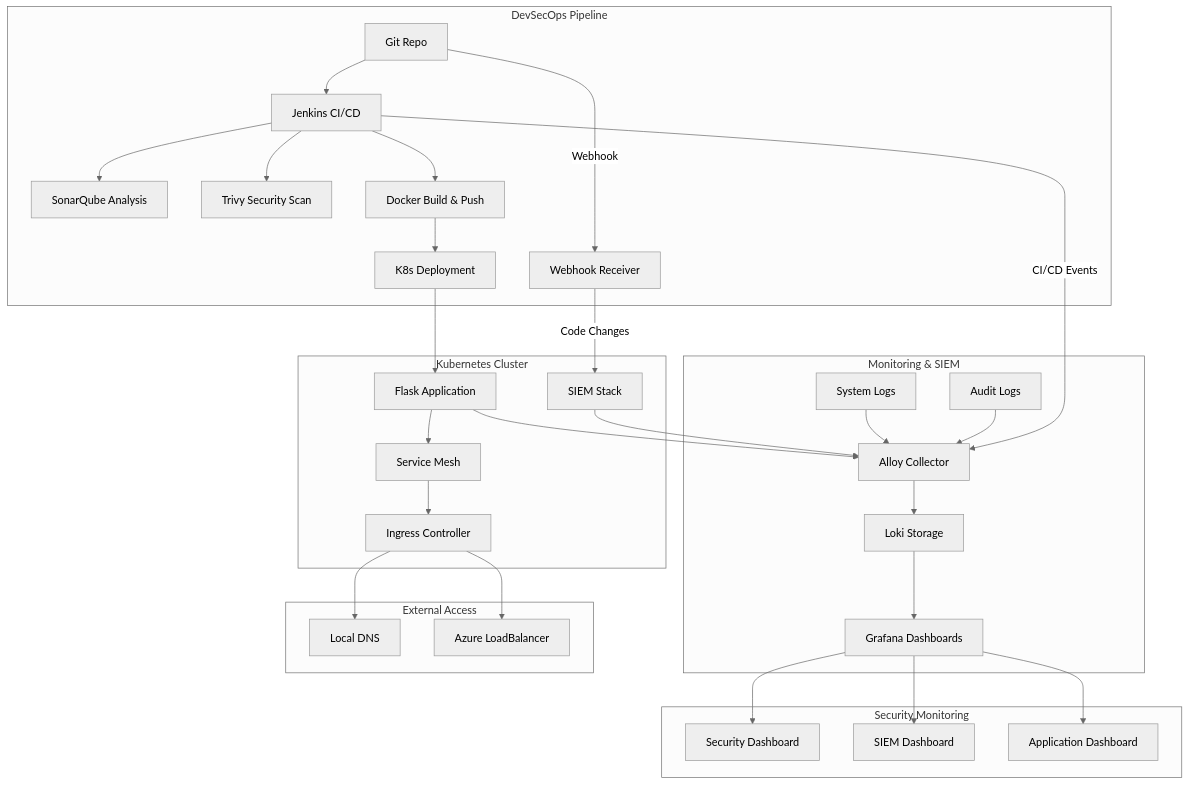
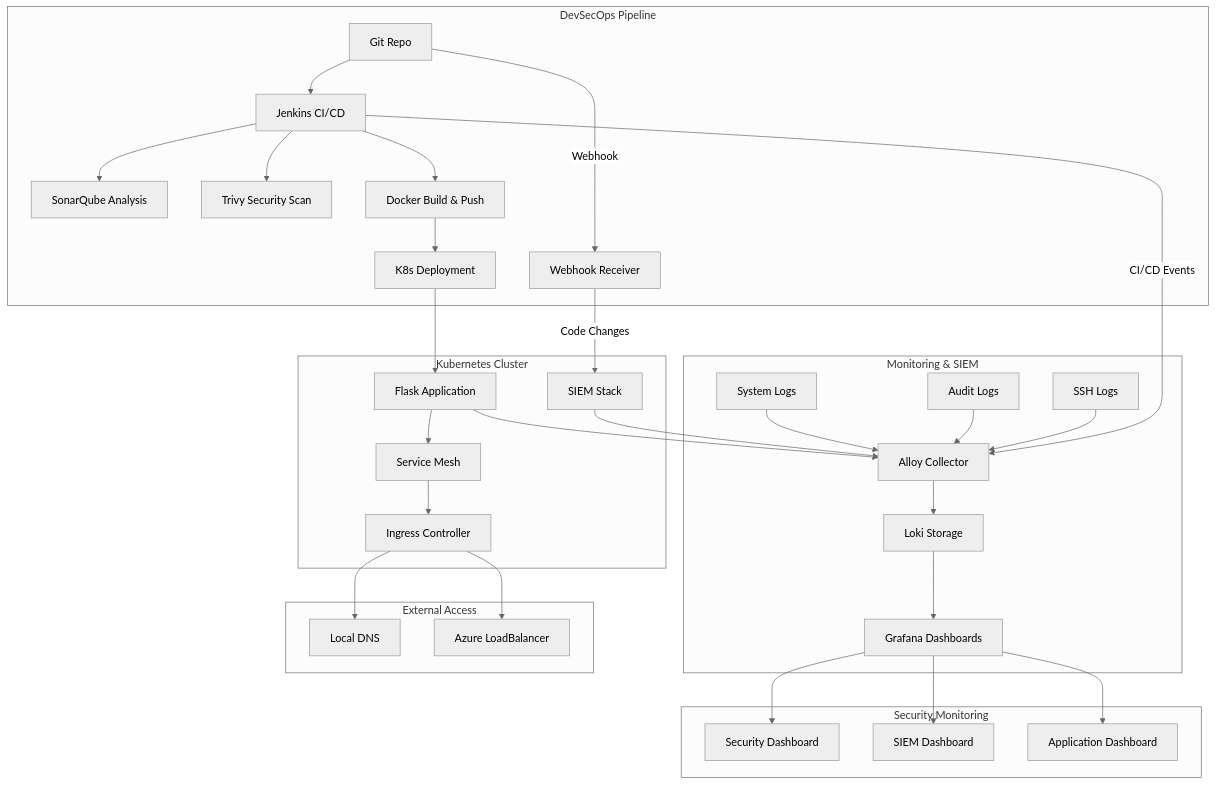
Before and after one commit to Jev1337/Sample-DevSecOps: the first of 2 diagrams in README.md, drawn with Mermaid (neutral theme). The commit also changed other lines of this file and 5 other files, not shown here.

````diff
--- a/README.md
+++ b/README.md
@@ -55,39 +53,40 @@
 ```mermaid
 graph TB
     subgraph "DevSecOps Pipeline"
         A[Git Repo] --> B[Jenkins CI/CD]
         B --> C[SonarQube Analysis]
         B --> D[Trivy Security Scan]
         B --> E[Docker Build & Push]
         E --> F[K8s Deployment]
         A --> |Webhook| W[Webhook Receiver]
     end
     
     subgraph "Kubernetes Cluster"
         F --> G[Flask Application]
         G --> H[Service Mesh]
         H --> I[Ingress Controller]
         W --> |Code Changes| S[SIEM Stack]
     end
     
     subgraph "Monitoring & SIEM"
         G --> J[Alloy Collector]
         J --> K[Loki Storage]
         K --> L[Grafana Dashboards]
         OS[System Logs] --> J
         AU[Audit Logs] --> J
+        SSH[SSH Logs] --> J
         S --> J
         B --> |CI/CD Events| J
     end
     
     subgraph "External Access"
         I --> M[Local DNS]
         I --> N[Azure LoadBalancer]
     end
     
     subgraph "Security Monitoring"
         L --> P[Security Dashboard]
         L --> Q[SIEM Dashboard] 
         L --> R[Application Dashboard]
     end
 ```
````
